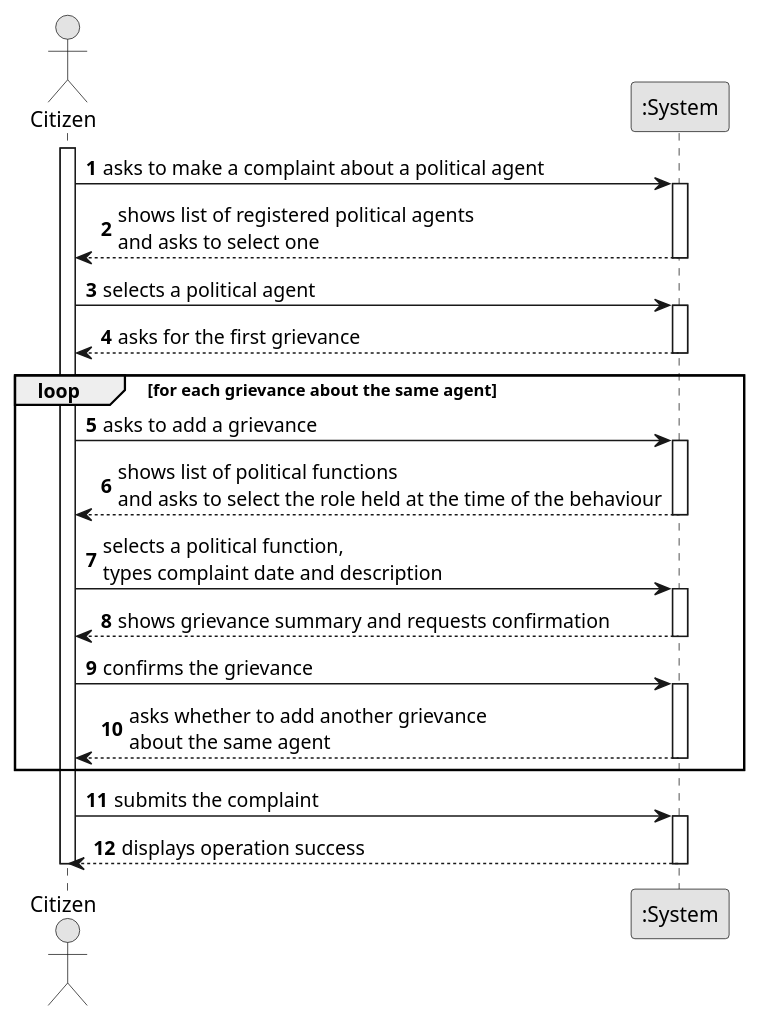
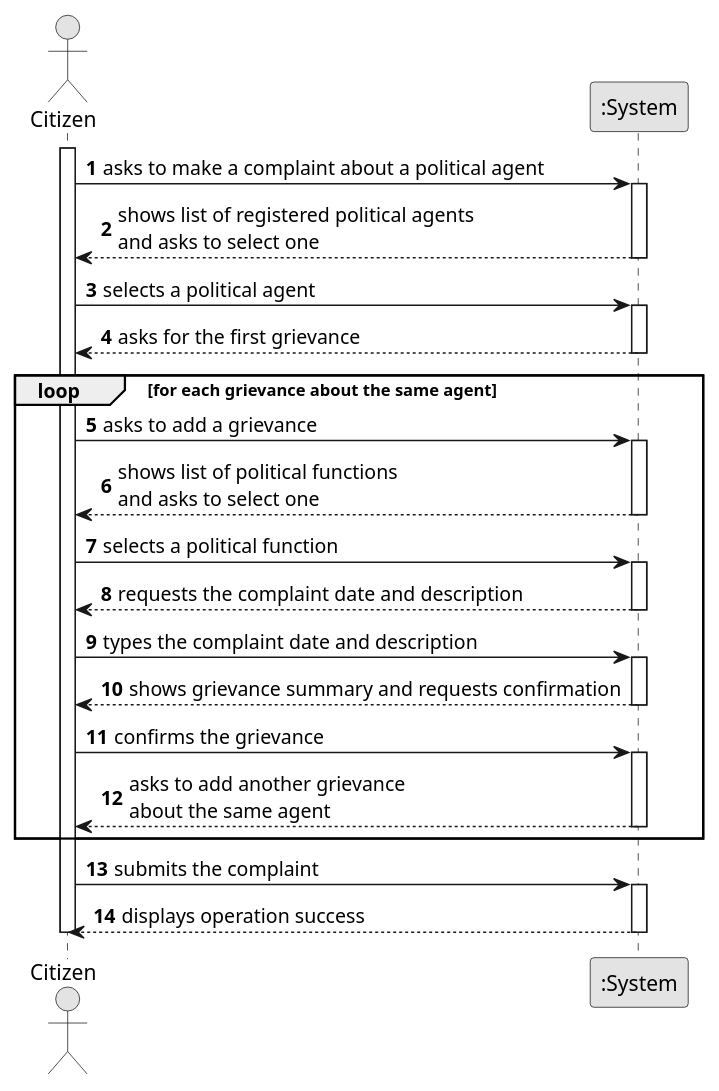
The diagram in docs/system-documentation/US12/01.requirements-engineering/puml/US12-SSD.puml (brunodspinto/crystal-clear-platform), drawn with PlantUML before and after one commit. The commit also changed 2 other files, not shown here.

```diff
--- a/docs/system-documentation/US12/01.requirements-engineering/puml/US12-SSD.puml
+++ b/docs/system-documentation/US12/01.requirements-engineering/puml/US12-SSD.puml
@@ -1,50 +1,55 @@
 @startuml
 skinparam monochrome true
 skinparam packageStyle rectangle
 skinparam shadowing false
 
 autonumber
 
 actor "Citizen" as Citizen
 participant ":System" as System
 
 activate Citizen
 
     Citizen -> System : asks to make a complaint about a political agent
     activate System
 
         System --> Citizen : shows list of registered political agents\nand asks to select one
     deactivate System
 
     Citizen -> System : selects a political agent
     activate System
 
         System --> Citizen : asks for the first grievance
     deactivate System
 
     loop for each grievance about the same agent
         Citizen -> System : asks to add a grievance
         activate System
-            System --> Citizen : shows list of political functions\nand asks to select the role held at the time of the behaviour
+            System --> Citizen : shows list of political functions\nand asks to select one
         deactivate System
 
-        Citizen -> System : selects a political function,\ntypes complaint date and description
+        Citizen -> System : selects a political function
+        activate System
+            System --> Citizen : requests the complaint date and description
+        deactivate System
+
+        Citizen -> System : types the complaint date and description
         activate System
             System --> Citizen : shows grievance summary and requests confirmation
         deactivate System
 
         Citizen -> System : confirms the grievance
         activate System
-            System --> Citizen : asks whether to add another grievance\nabout the same agent
+            System --> Citizen : asks to add another grievance\nabout the same agent
         deactivate System
     end
 
     Citizen -> System : submits the complaint
     activate System
 
         System --> Citizen : displays operation success
     deactivate System
 
 deactivate Citizen
 
 @enduml
```
